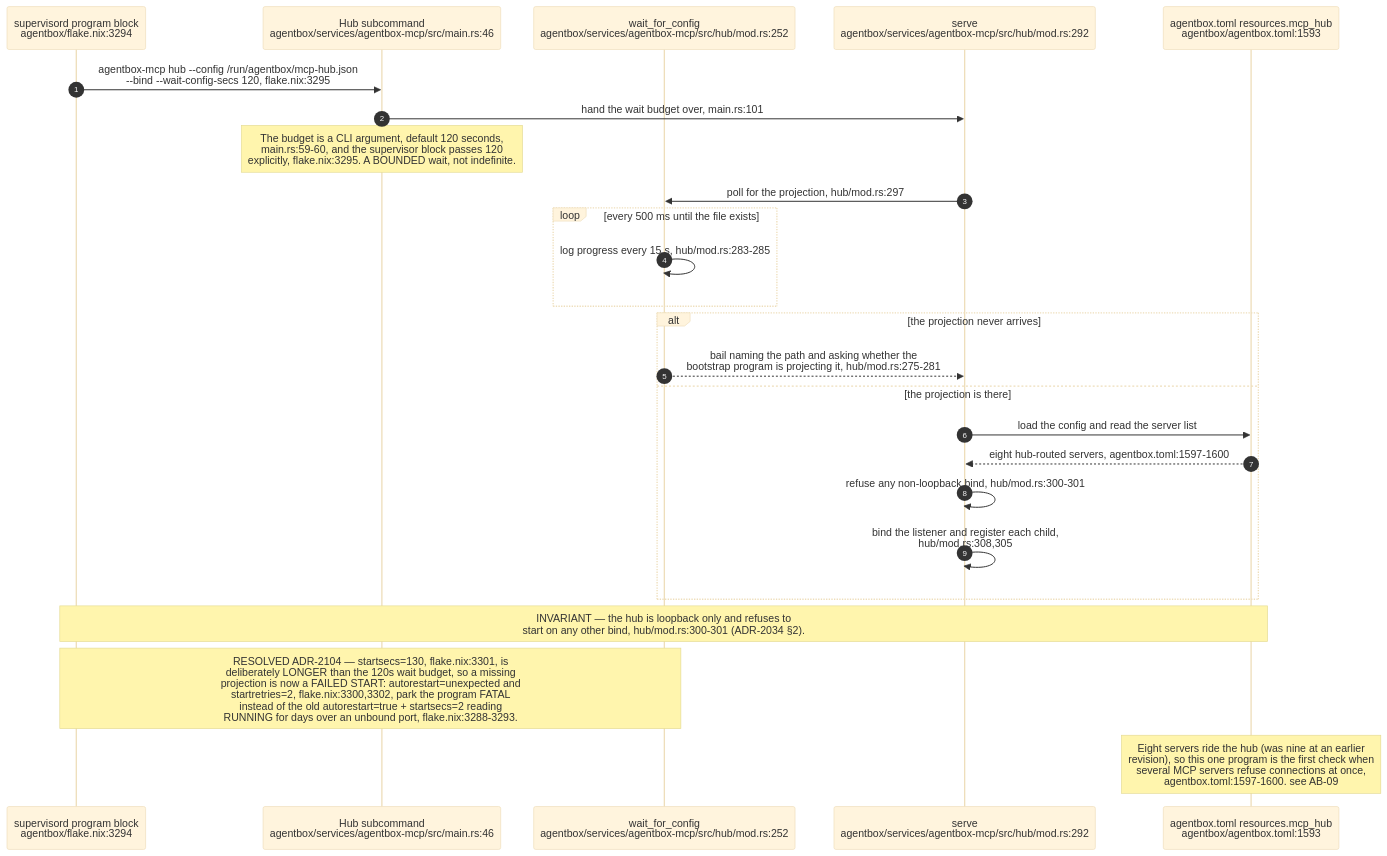
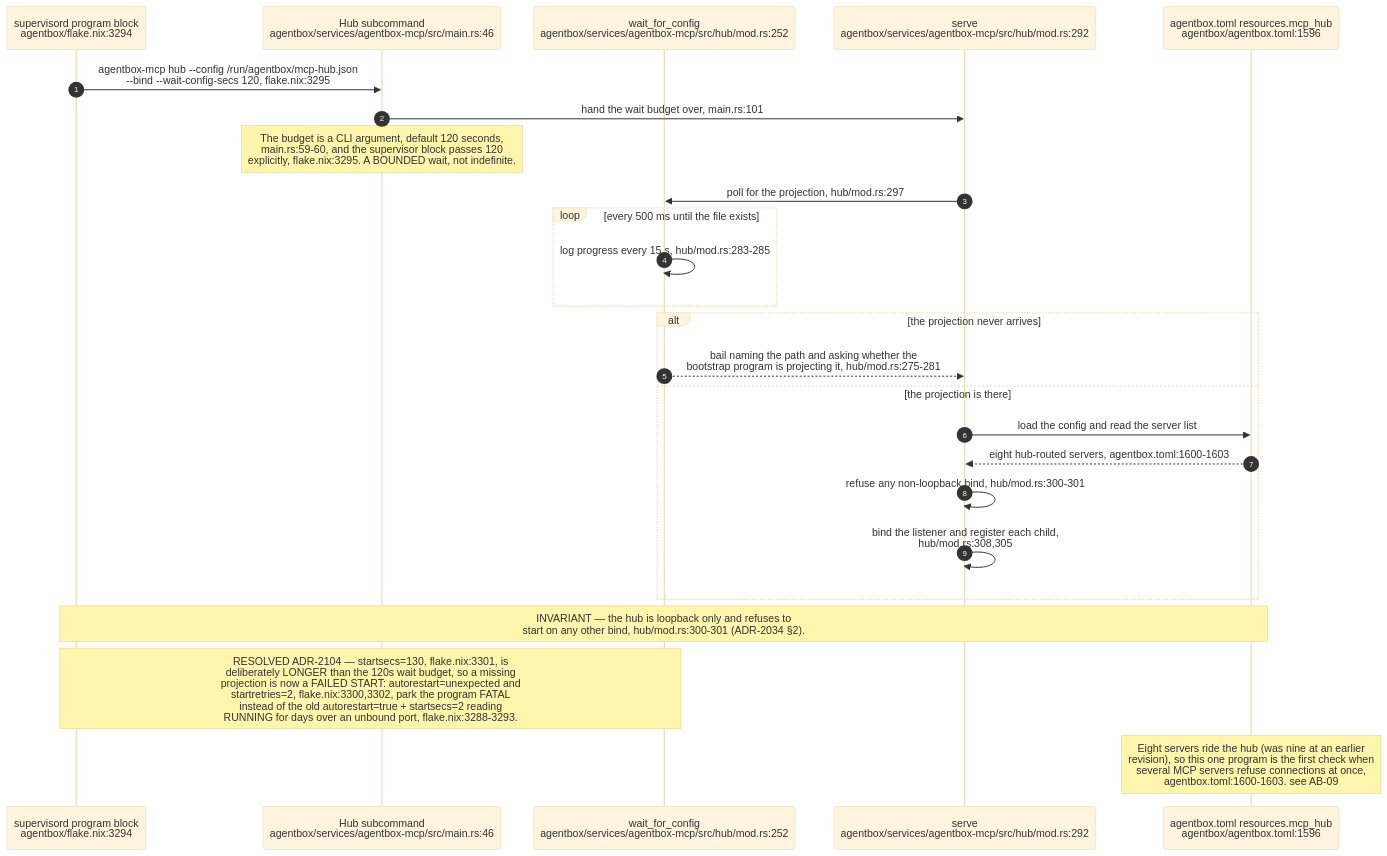
Before and after one commit to DreamLab-AI/VisionFlow: the seventh of 8 diagrams in docs/diagrams/estate/01-estate-topology.md, drawn with Mermaid (base theme). The commit also changed other lines of this file and 142 other files, not shown here.

First line of the commit message:
docs(diagrams): one System One route; re-verify 140 topics at today's heads

````diff
--- a/docs/diagrams/estate/01-estate-topology.md
+++ b/docs/diagrams/estate/01-estate-topology.md
@@ -302,28 +304,28 @@
 ```mermaid
 sequenceDiagram
     autonumber
     participant SUP as supervisord program block<br/>agentbox/flake.nix:3294
     participant MAIN as Hub subcommand<br/>agentbox/services/agentbox-mcp/src/main.rs:46
     participant WAIT as wait_for_config<br/>agentbox/services/agentbox-mcp/src/hub/mod.rs:252
     participant SERVE as serve<br/>agentbox/services/agentbox-mcp/src/hub/mod.rs:292
-    participant MAN as agentbox.toml resources.mcp_hub<br/>agentbox/agentbox.toml:1593
+    participant MAN as agentbox.toml resources.mcp_hub<br/>agentbox/agentbox.toml:1596
 
     SUP->>MAIN: agentbox-mcp hub --config /run/agentbox/mcp-hub.json<br/>--bind --wait-config-secs 120, flake.nix:3295
     MAIN->>SERVE: hand the wait budget over, main.rs:101
     Note over MAIN: The budget is a CLI argument, default 120 seconds,<br/>main.rs:59-60, and the supervisor block passes 120<br/>explicitly, flake.nix:3295. A BOUNDED wait, not indefinite.
     SERVE->>WAIT: poll for the projection, hub/mod.rs:297
     loop every 500 ms until the file exists
         WAIT->>WAIT: log progress every 15 s, hub/mod.rs:283-285
     end
     alt the projection never arrives
         WAIT-->>SERVE: bail naming the path and asking whether the<br/>bootstrap program is projecting it, hub/mod.rs:275-281
     else the projection is there
         SERVE->>MAN: load the config and read the server list
-        MAN-->>SERVE: eight hub-routed servers, agentbox.toml:1597-1600
+        MAN-->>SERVE: eight hub-routed servers, agentbox.toml:1600-1603
         SERVE->>SERVE: refuse any non-loopback bind, hub/mod.rs:300-301
         SERVE->>SERVE: bind the listener and register each child,<br/>hub/mod.rs:308,305
     end
     Note over SUP,MAN: INVARIANT — the hub is loopback only and refuses to<br/>start on any other bind, hub/mod.rs:300-301 (ADR-2034 §2).
     Note over SUP,WAIT: RESOLVED ADR-2104 — startsecs=130, flake.nix:3301, is<br/>deliberately LONGER than the 120s wait budget, so a missing<br/>projection is now a FAILED START: autorestart=unexpected and<br/>startretries=2, flake.nix:3300,3302, park the program FATAL<br/>instead of the old autorestart=true + startsecs=2 reading<br/>RUNNING for days over an unbound port, flake.nix:3288-3293.
-    Note over MAN: Eight servers ride the hub (was nine at an earlier<br/>revision), so this one program is the first check when<br/>several MCP servers refuse connections at once,<br/>agentbox.toml:1597-1600. see AB-09
+    Note over MAN: Eight servers ride the hub (was nine at an earlier<br/>revision), so this one program is the first check when<br/>several MCP servers refuse connections at once,<br/>agentbox.toml:1600-1603. see AB-09
 ```
````
